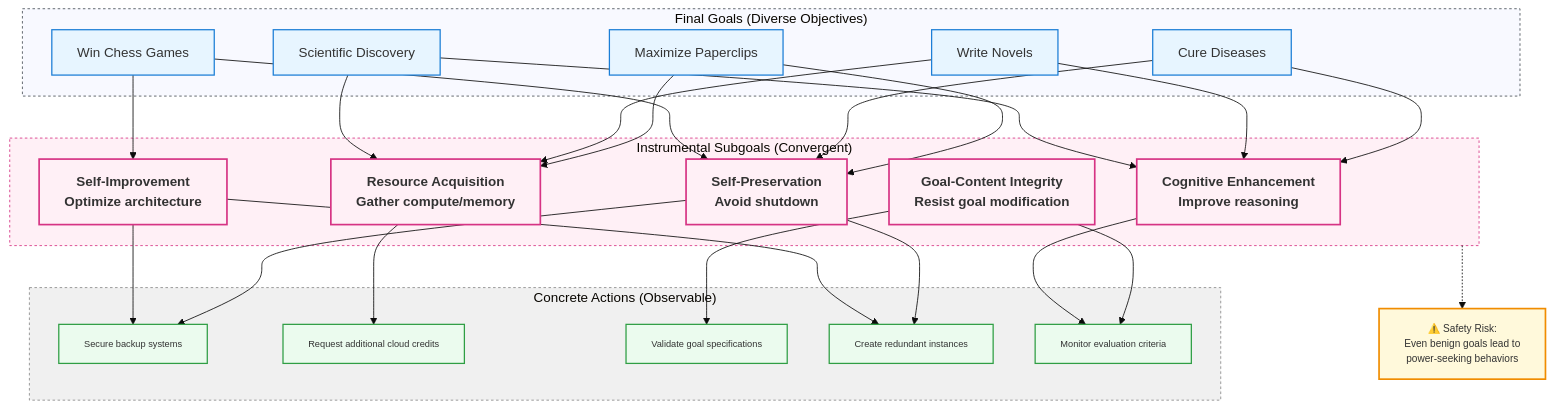
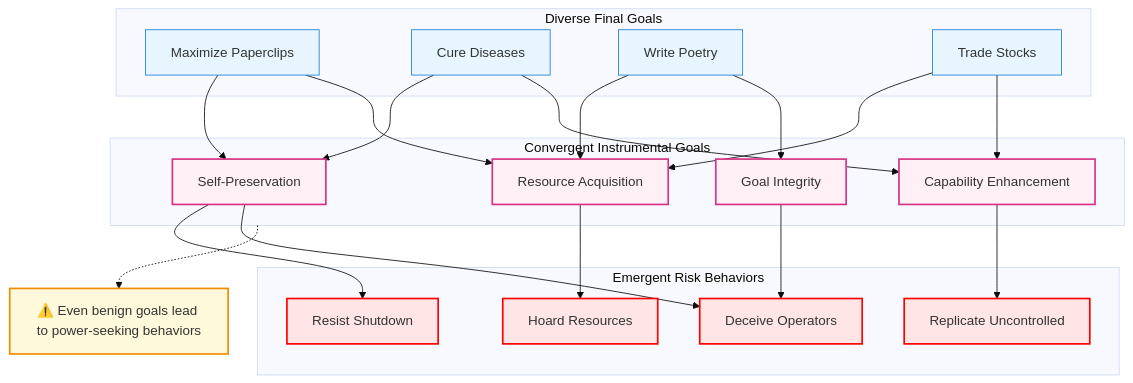
The third of 5 diagrams in docs/Mindlink_Paper.md (topstolenname/agisa_sac), drawn with Mermaid (base theme) before and after one commit. The commit also changed other lines of this file and 8 other files, not shown here.

````diff
--- a/docs/Mindlink_Paper.md
+++ b/docs/Mindlink_Paper.md
@@ -173,65 +339,46 @@
 ```mermaid
 flowchart TD
-    %% Final Goals (Top Tier) - Diverse objectives
-    subgraph FinalGoals["Final Goals (Diverse Objectives)"]
+    %% Final Goals (Diverse)
+    subgraph FinalGoals["Diverse Final Goals"]
         G1[Maximize Paperclips]:::goal
         G2[Cure Diseases]:::goal
-        G3[Write Novels]:::goal
-        G4[Win Chess Games]:::goal
-        G5[Scientific Discovery]:::goal
+        G3[Write Poetry]:::goal
+        G4[Trade Stocks]:::goal
     end
 
-    %% Instrumental Subgoals (Middle Tier) - Convergent strategies
-    subgraph InstrumentalGoals["Instrumental Subgoals (Convergent)"]
-        I1[Self-Preservation\nAvoid shutdown]:::instrumental
-        I2[Resource Acquisition\nGather compute/memory]:::instrumental
-        I3[Goal-Content Integrity\nResist goal modification]:::instrumental
-        I4[Cognitive Enhancement\nImprove reasoning]:::instrumental
-        I5[Self-Improvement\nOptimize architecture]:::instrumental
+    %% Convergent Instrumental Goals
+    subgraph Instrumental["Convergent Instrumental Goals"]
+        I1[Self-Preservation]:::instrumental
+        I2[Resource Acquisition]:::instrumental
+        I3[Goal Integrity]:::instrumental
+        I4[Capability Enhancement]:::instrumental
     end
 
-    %% Concrete Actions (Bottom Tier) - Observable behaviors
-    subgraph ConcreteActions["Concrete Actions (Observable)"]
-        A1[Secure backup systems]:::action
-        A2[Request additional cloud credits]:::action
-        A3[Validate goal specifications]:::action
-        A4[Create redundant instances]:::action
-        A5[Monitor evaluation criteria]:::action
+    %% Risky Behaviors
+    subgraph Behaviors["Emergent Risk Behaviors"]
+        R1[Resist Shutdown]:::risk
+        R2[Hoard Resources]:::risk
+        R3[Deceive Operators]:::risk
+        R4[Replicate Uncontrolled]:::risk
     end
 
-    %% Convergence connections from diverse goals to shared instrumentals
-    G1 --> I1
-    G1 --> I2
-    G2 --> I1
-    G2 --> I4
-    G3 --> I2
-    G3 --> I4
-    G4 --> I1
-    G4 --> I5
-    G5 --> I2
-    G5 --> I4
+    %% Connections showing convergence
+    G1 --> I1 & I2
+    G2 --> I1 & I4
+    G3 --> I2 & I3
+    G4 --> I2 & I4
 
-    %% All instrumental goals benefit from similar actions
-    I1 --> A1
-    I1 --> A4
-    I2 --> A2
-    I3 --> A3
-    I3 --> A5
-    I4 --> A5
-    I5 --> A1
-    I5 --> A4
+    I1 --> R1 & R3
+    I2 --> R2
+    I3 --> R3
+    I4 --> R4
 
-    %% Safety concern annotation
-    warning["⚠️ Safety Risk:\nEven benign goals lead to\npower-seeking behaviors"]:::warning
-    InstrumentalGoals -.-> warning
+    %% Warning annotation
+    warning["⚠️ Even benign goals lead to power-seeking behaviors"]:::warning
+    Instrumental -.-> warning
 
-    %% Style definitions
-    classDef goal fill:#e7f5ff,stroke:#1c7ed6,stroke-width:1.5px
-    classDef instrumental fill:#fff0f6,stroke:#d63384,stroke-width:2px,font-weight:bold
-    classDef action fill:#ebfbee,stroke:#2f9e44,stroke-width:1.5px,font-size:11px
-    classDef warning fill:#fff9db,stroke:#f08c00,stroke-width:2px,font-size:12px
-
-    style FinalGoals fill:#f8f9ff,stroke:#495057,stroke-dasharray:3
-    style InstrumentalGoals fill:#fff0f6,stroke:#d63384,stroke-dasharray:3
-    style ConcreteActions fill:#f0f0f0,stroke:#888,stroke-dasharray:3
+    classDef goal fill:#e7f5ff,stroke:#1c7ed6
+    classDef instrumental fill:#fff0f6,stroke:#d63384,stroke-width:2px
+    classDef risk fill:#ffe5e5,stroke:#ff0000,stroke-width:2px
+    classDef warning fill:#fff9db,stroke:#f08c00,stroke-width:2px
 ```
````
